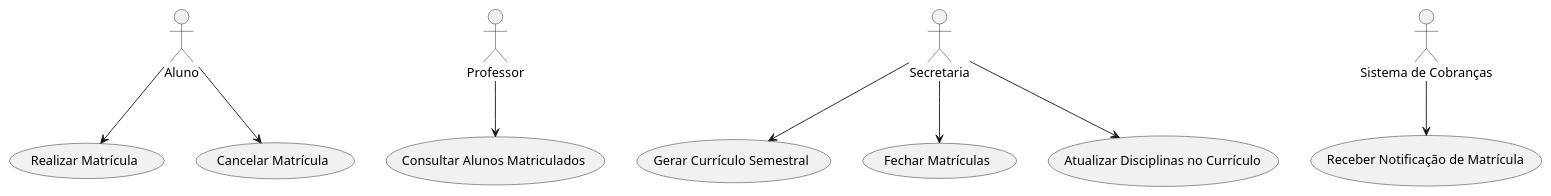
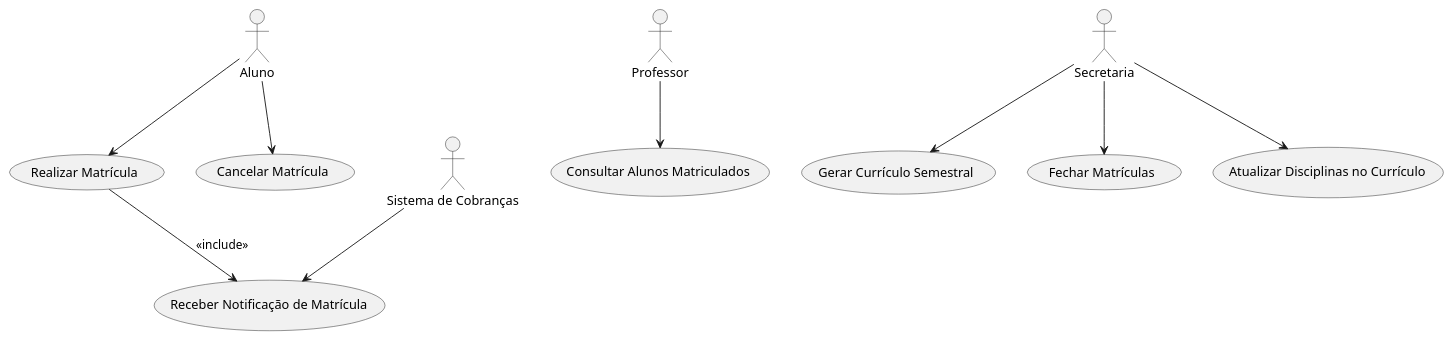
One commit to diascw/sistema-de-matricula changed the diagram in project/diagramas/diagrama-caso-de-uso.puml. Above: the diagram before and after it, drawn with PlantUML. The commit also changed 14 other files, not shown here.

```diff
--- a/project/diagramas/diagrama-caso-de-uso.puml
+++ b/project/diagramas/diagrama-caso-de-uso.puml
@@ -1,20 +1,21 @@
 @startuml
 
 actor "Aluno" as Aluno
 actor "Professor" as Professor
 actor "Secretaria" as Secretaria
 actor "Sistema de Cobranças" as Cobranças
 
 Aluno --> (Realizar Matrícula)
 Aluno --> (Cancelar Matrícula)
 
+(Realizar Matrícula) --> (Receber Notificação de Matrícula) : <<include>>
 
 Professor --> (Consultar Alunos Matriculados)
 
 Secretaria --> (Gerar Currículo Semestral)
 Secretaria --> (Fechar Matrículas)
 Secretaria --> (Atualizar Disciplinas no Currículo)
 
 Cobranças --> (Receber Notificação de Matrícula)
 
 @enduml
```
